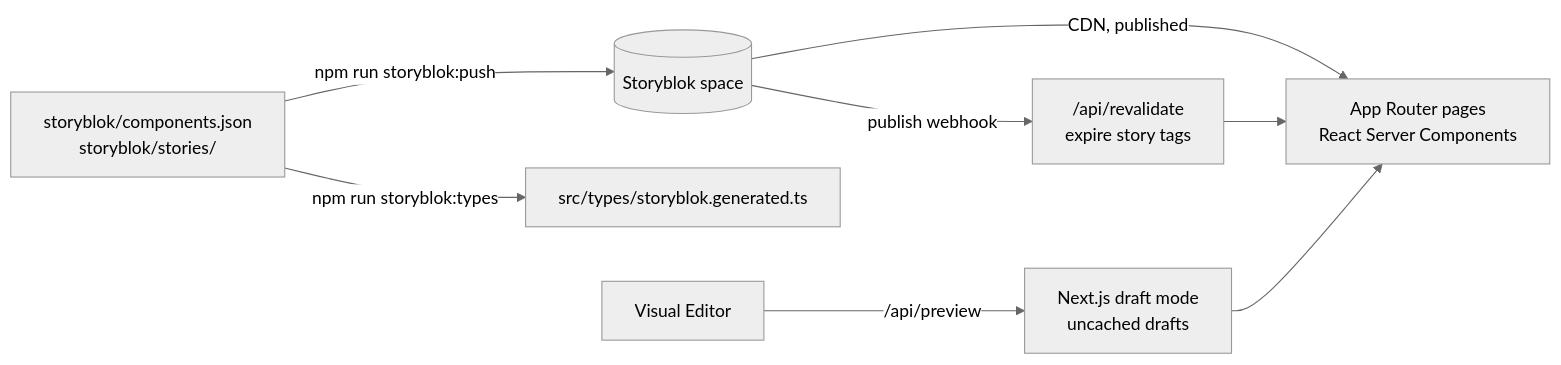
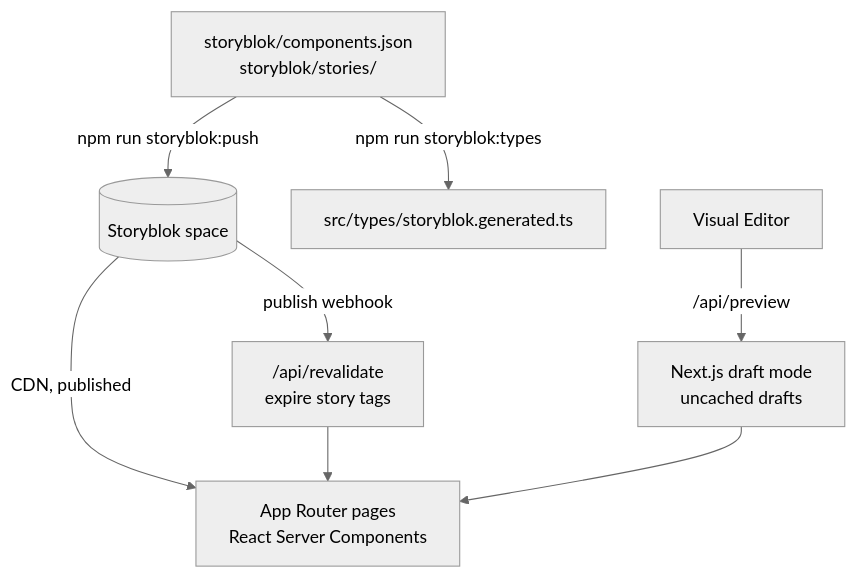
Before and after one commit to marcop135/next-storyblok: the diagram in docs/architecture.md, drawn with Mermaid (neutral theme). The commit also changed 1 other file, not shown here.

Commit message:
docs: use vertical architecture flow and explain CMS access

````diff
--- a/docs/architecture.md
+++ b/docs/architecture.md
@@ -5,10 +5,10 @@
 ```mermaid
-flowchart LR
+flowchart TB
   model["storyblok/components.json<br/>storyblok/stories/"] -- "npm run storyblok:push" --> space[(Storyblok space)]
   model -- "npm run storyblok:types" --> types["src/types/storyblok.generated.ts"]
   editor[Visual Editor] -- "/api/preview" --> draft["Next.js draft mode<br/>uncached drafts"]
   space -- "publish webhook" --> revalidate["/api/revalidate<br/>expire story tags"]
   space -- "CDN, published" --> pages["App Router pages<br/>React Server Components"]
   revalidate --> pages
   draft --> pages
 ```
````
